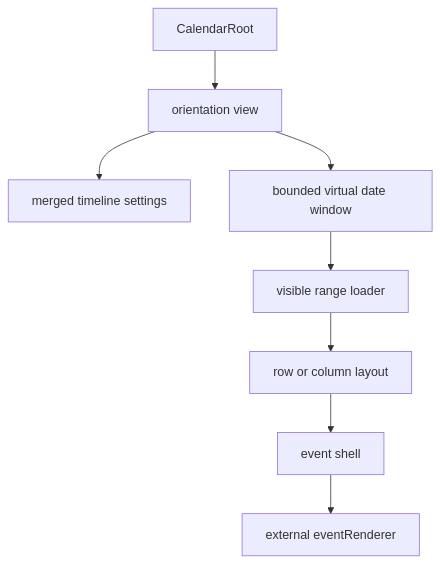
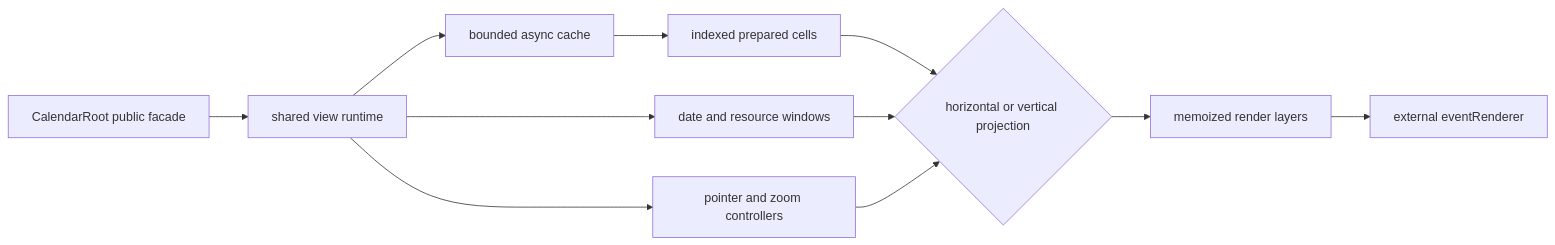
Before and after one commit to junomedical/quno-calendar: the first of 11 diagrams in docs/architecture.md, drawn with Mermaid. The commit also changed other lines of this file and 297 other files, not shown here.

````diff
--- a/docs/architecture.md
+++ b/docs/architecture.md
@@ -20,10 +5,13 @@
 ```mermaid
-flowchart TD
-  Root["CalendarRoot"] --> View["orientation view"]
-  View --> Settings["merged timeline settings"]
-  View --> VirtualWindow["bounded virtual date window"]
-  VirtualWindow --> Loader["visible range loader"]
-  Loader --> Layout["row or column layout"]
-  Layout --> Shell["event shell"]
-  Shell --> Renderer["external eventRenderer"]
+flowchart LR
+  Public["CalendarRoot public facade"] --> Runtime["shared view runtime"]
+  Runtime --> Cache["bounded async cache"]
+  Runtime --> Viewport["date and resource windows"]
+  Runtime --> Gestures["pointer and zoom controllers"]
+  Cache --> Cells["indexed prepared cells"]
+  Cells --> Projection{"horizontal or vertical projection"}
+  Viewport --> Projection
+  Gestures --> Projection
+  Projection --> Layers["memoized render layers"]
+  Layers --> Renderer["external eventRenderer"]
 ```
````
